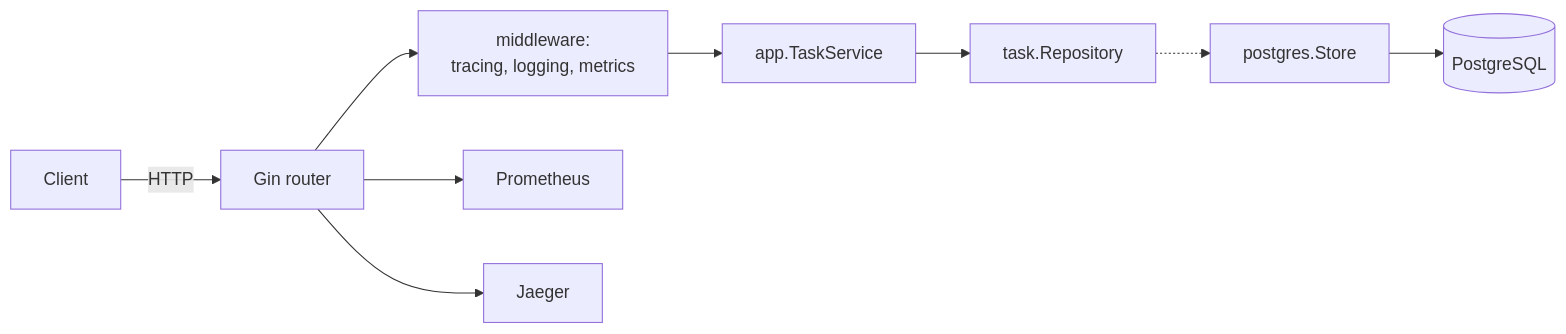
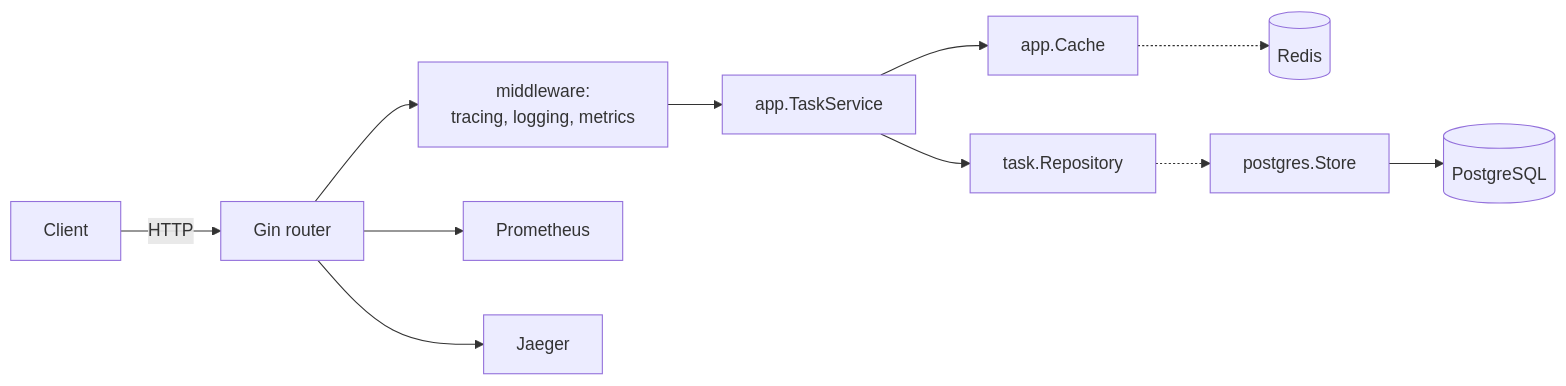
One commit to mohsenemne/taskmanager changed the diagram in README.md. Above: the diagram before and after it, drawn with Mermaid. The commit also changed other lines of this file, not shown here.

First line of the commit message:
docs: finish the README after the cache work

````diff
--- a/README.md
+++ b/README.md
@@ -321,12 +329,14 @@
 ```mermaid
 flowchart LR
   client[Client] -->|HTTP| router[Gin router]
   router --> mw[middleware:<br/>tracing, logging, metrics]
   mw --> svc[app.TaskService]
+  svc --> cache[app.Cache]
+  cache -.-> redis[(Redis)]
   svc --> port[task.Repository]
   port -.-> store[postgres.Store]
   store --> db[(PostgreSQL)]
 
   router --> prom[Prometheus]
   router --> jaeger[Jaeger]
 ```
````
